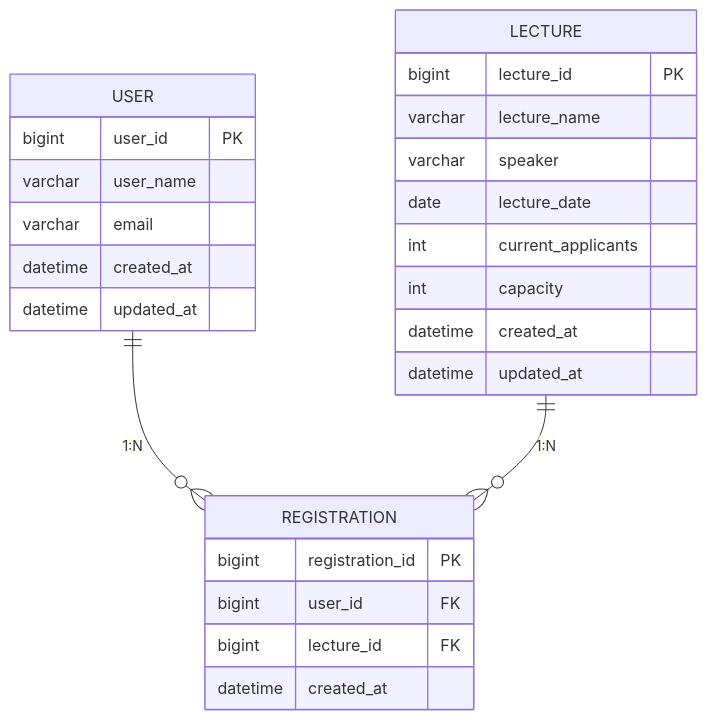
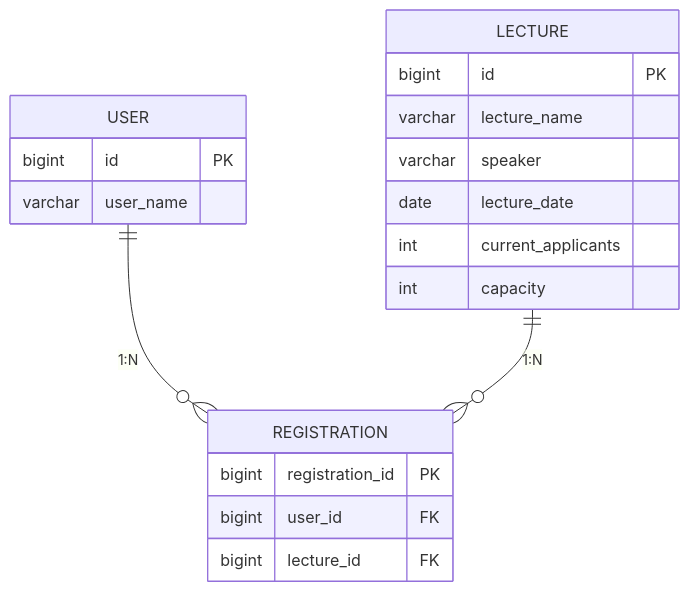
One commit to leesh5000/hhplus-clean-architecture changed the first of 2 diagrams in README.md. Above: the diagram before and after it, drawn with Mermaid. The commit also changed other lines of this file and 11 other files, not shown here.

````diff
--- a/README.md
+++ b/README.md
@@ -25,32 +25,26 @@
 ```mermaid
 erDiagram
 
     USER ||--o{ REGISTRATION : "1:N"
     LECTURE ||--o{ REGISTRATION : "1:N"
 
     USER {
-        bigint user_id PK
+        bigint id PK
         varchar user_name
-        varchar email
-        datetime created_at
-        datetime updated_at
     }
 
     LECTURE {
-        bigint lecture_id PK
+        bigint id PK
         varchar lecture_name
         varchar speaker
         date   lecture_date
         int    current_applicants
         int    capacity
-        datetime created_at
-        datetime updated_at
     }
-
+    
     REGISTRATION {
         bigint registration_id PK
         bigint user_id FK
         bigint lecture_id FK
-        datetime created_at
     }
 ```
````
